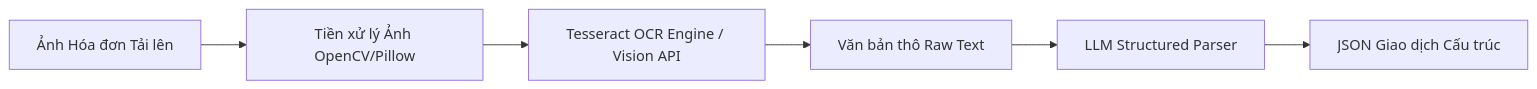
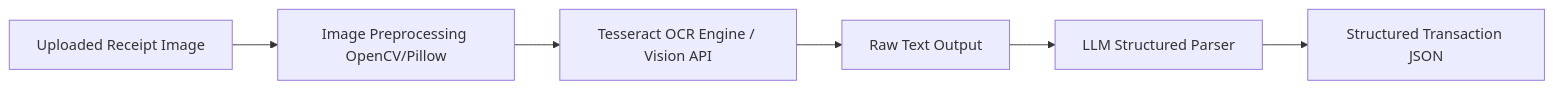
The diagram in docs/ai/AI_SPECIFICATIONS.md (pie-12/budgetly), drawn with Mermaid before and after one commit. The commit also changed other lines of this file and 10 other files, not shown here.

````diff
--- a/docs/ai/AI_SPECIFICATIONS.md
+++ b/docs/ai/AI_SPECIFICATIONS.md
@@ -75,8 +75,8 @@
 ```mermaid
 graph LR
-    Img[Ảnh Hóa đơn Tải lên] --> Preproc[Tiền xử lý Ảnh OpenCV/Pillow]
+    Img[Uploaded Receipt Image] --> Preproc[Image Preprocessing OpenCV/Pillow]
     Preproc --> OCR[Tesseract OCR Engine / Vision API]
-    OCR --> RawText[Văn bản thô Raw Text]
+    OCR --> RawText[Raw Text Output]
     RawText --> LLMPARSE[LLM Structured Parser]
-    LLMPARSE --> StructJSON[JSON Giao dịch Cấu trúc]
+    LLMPARSE --> StructJSON[Structured Transaction JSON]
 ```
````
